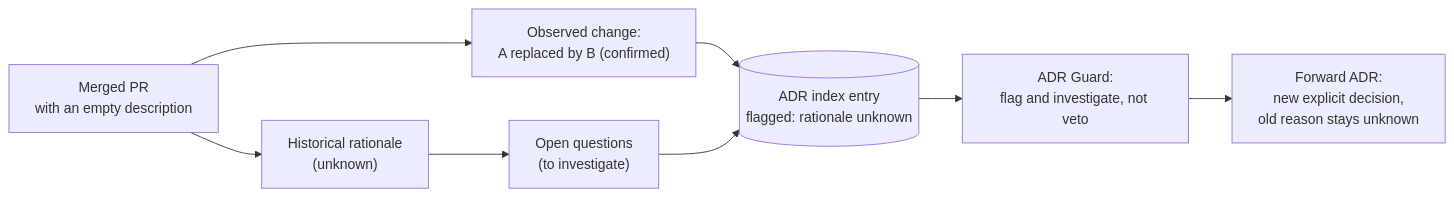
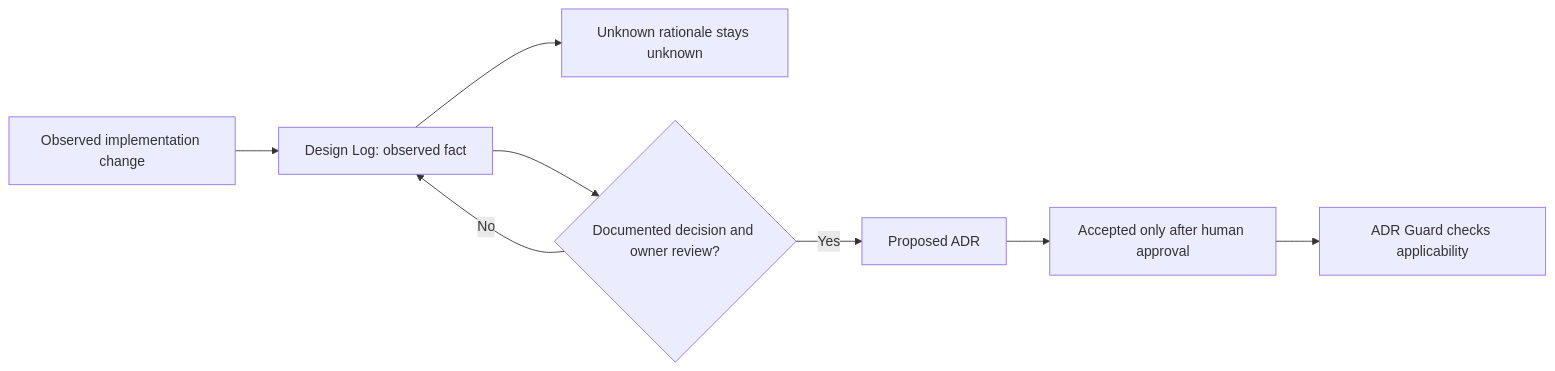
The second of 2 diagrams in docs/adr/decision-continuity.md (MichinaoShimizu/kiroku), drawn with Mermaid before and after one commit. The commit also changed other lines of this file and 43 other files, not shown here.

First line of the commit message:
docs: separate historical Design Logs from governed ADRs (#344)

````diff
--- a/docs/adr/decision-continuity.md
+++ b/docs/adr/decision-continuity.md
@@ -56,10 +40,10 @@
 ```mermaid
 flowchart LR
-    PR["Merged PR<br/>with an empty description"] --> C["Observed change:<br/>A replaced by B (confirmed)"]
-    PR --> W["Historical rationale<br/>(unknown)"]
-    W --> Q["Open questions<br/>(to investigate)"]
-    C --> I[("ADR index entry<br/>flagged: rationale unknown")]
-    Q --> I
-    I --> G["ADR Guard:<br/>flag and investigate, not veto"]
-    G --> F["Forward ADR:<br/>new explicit decision,<br/>old reason stays unknown"]
+    O["Observed implementation change"] --> DL["Design Log: observed fact"]
+    DL --> U["Unknown rationale stays unknown"]
+    DL --> C{"Documented decision and owner review?"}
+    C -- "No" --> DL
+    C -- "Yes" --> PA["Proposed ADR"]
+    PA --> AC["Accepted only after human approval"]
+    AC --> GU["ADR Guard checks applicability"]
 ```
````
